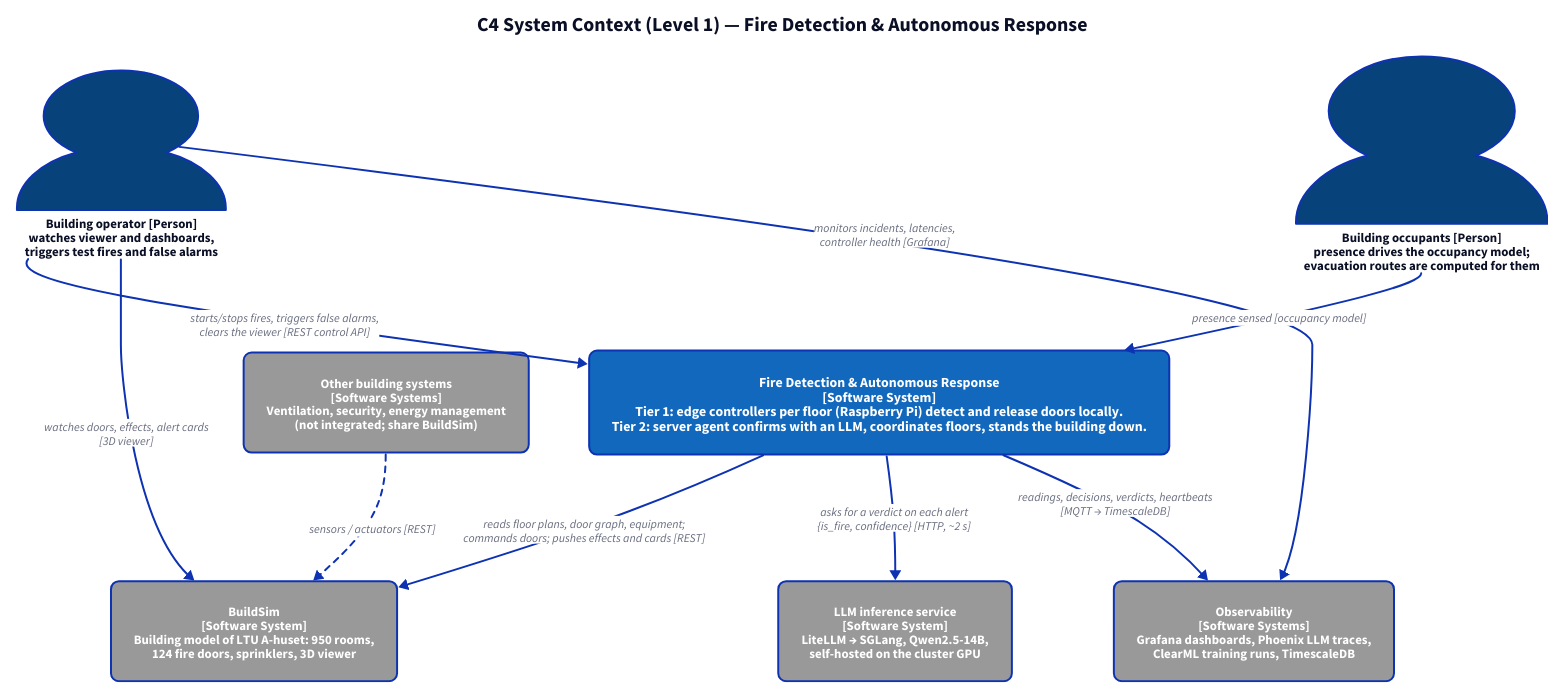
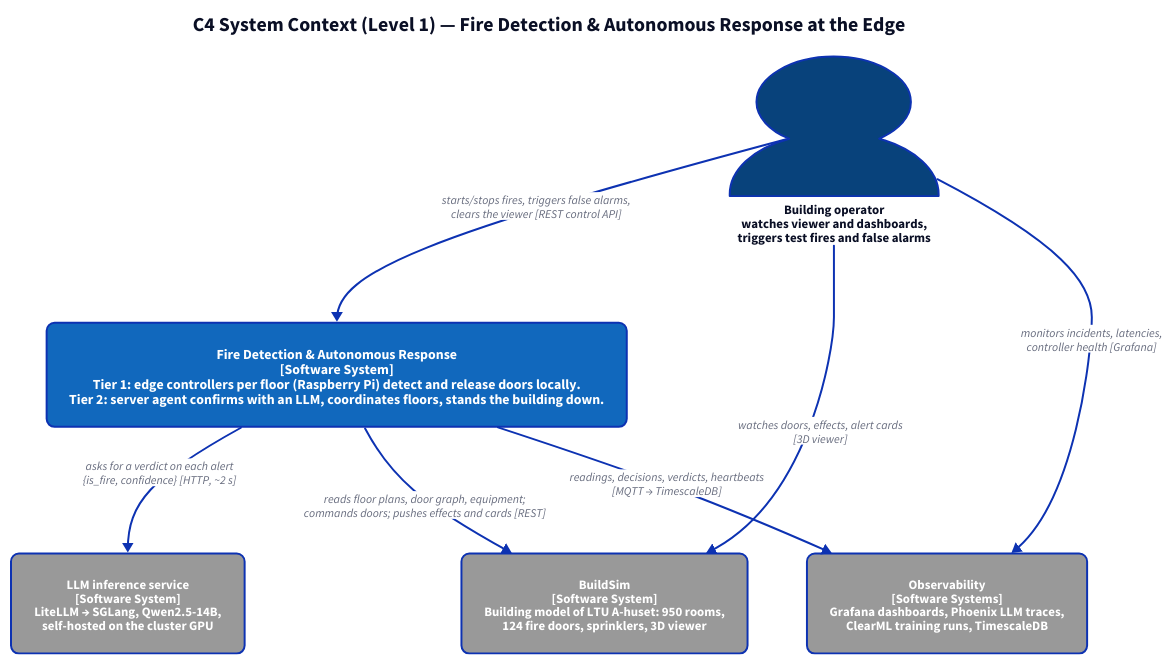
Before and after one commit to applied-ai-ltu/d7065e: the diagram in docs/diagrams/c4_context.d2, drawn with D2. The commit also changed 4 other files, not shown here.

Commit message:
docs: context diagram reduced to the actors and systems the report describes

```diff
--- a/docs/diagrams/c4_context.d2
+++ b/docs/diagrams/c4_context.d2
@@ -1,35 +1,31 @@
 direction: down
 
 title: {
-  label: "C4 System Context (Level 1) — Fire Detection & Autonomous Response"
+  label: "C4 System Context (Level 1) — Fire Detection & Autonomous Response at the Edge"
   near: top-center
   shape: text
   style.font-size: 20
   style.bold: true
 }
 
 classes: {
   person: {shape: person; style: {fill: "#08427b"; font-size: 13}}
   system: {style: {fill: "#1168bd"; font-color: "#ffffff"; border-radius: 8; font-size: 14; bold: true}}
   ext: {style: {fill: "#999999"; font-color: "#ffffff"; border-radius: 8; font-size: 13}}
   rel: {style: {font-size: 12}}
 }
 
-operator: "Building operator [Person]\nwatches viewer and dashboards,\ntriggers test fires and false alarms" {class: person}
-occupants: "Building occupants [Person]\npresence drives the occupancy model;\nevacuation routes are computed for them" {class: person}
+operator: "Building operator\nwatches viewer and dashboards,\ntriggers test fires and false alarms" {class: person}
 
 fire_system: "Fire Detection & Autonomous Response\n[Software System]\nTier 1: edge controllers per floor (Raspberry Pi) detect and release doors locally.\nTier 2: server agent confirms with an LLM, coordinates floors, stands the building down." {class: system}
 
+llm: "LLM inference service\n[Software System]\nLiteLLM → SGLang, Qwen2.5-14B,\nself-hosted on the cluster GPU" {class: ext}
 buildsim: "BuildSim\n[Software System]\nBuilding model of LTU A-huset: 950 rooms,\n124 fire doors, sprinklers, 3D viewer" {class: ext}
-llm: "LLM inference service\n[Software System]\nLiteLLM → SGLang, Qwen2.5-14B,\nself-hosted on the cluster GPU" {class: ext}
 observability: "Observability\n[Software Systems]\nGrafana dashboards, Phoenix LLM traces,\nClearML training runs, TimescaleDB" {class: ext}
-other_systems: "Other building systems\n[Software Systems]\nVentilation, security, energy management\n(not integrated; share BuildSim)" {class: ext}
 
 operator -> fire_system: "starts/stops fires, triggers false alarms,\nclears the viewer  [REST control API]" {class: rel}
 operator -> buildsim: "watches doors, effects, alert cards\n[3D viewer]" {class: rel}
 operator -> observability: "monitors incidents, latencies,\ncontroller health  [Grafana]" {class: rel}
-occupants -> fire_system: "presence sensed  [occupancy model]" {class: rel}
+fire_system -> llm: "asks for a verdict on each alert\n{is_fire, confidence}  [HTTP, ~2 s]" {class: rel}
 fire_system -> buildsim: "reads floor plans, door graph, equipment;\ncommands doors; pushes effects and cards  [REST]" {class: rel}
-fire_system -> llm: "asks for a verdict on each alert\n{is_fire, confidence}  [HTTP, ~2 s]" {class: rel}
 fire_system -> observability: "readings, decisions, verdicts, heartbeats\n[MQTT → TimescaleDB]" {class: rel}
-other_systems -> buildsim: "sensors / actuators  [REST]" {class: rel; style.stroke-dash: 3}
```
